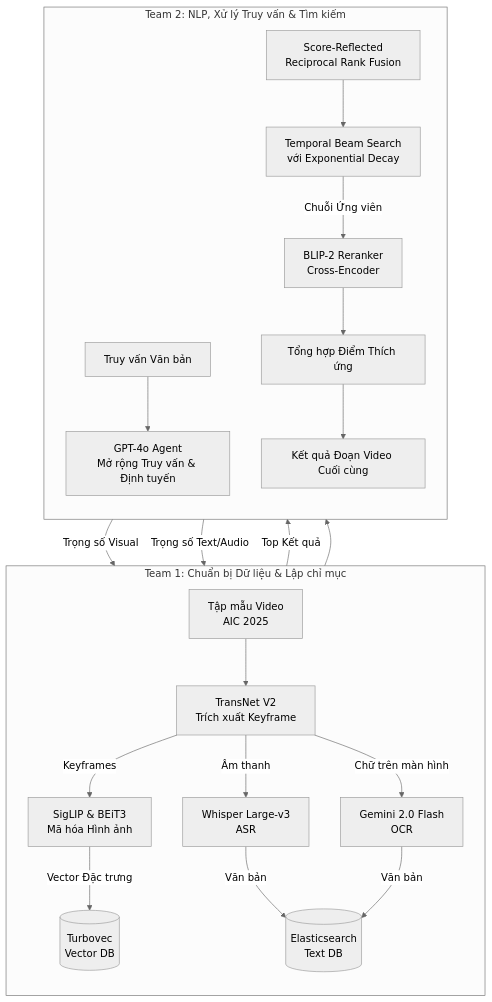
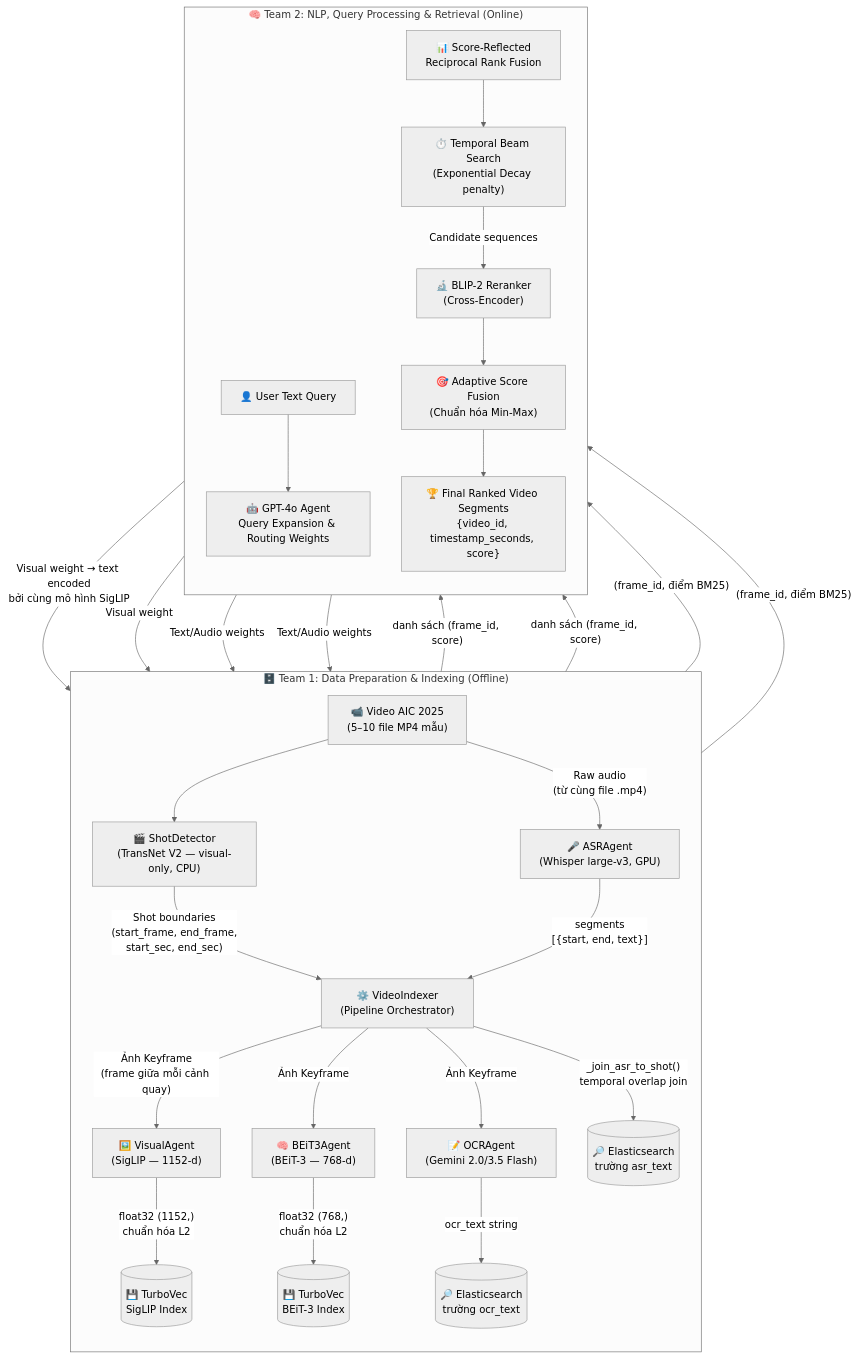
Before and after one commit to AIVIETNAM-AIO-herk30/AI_Challenge_2026: the diagram in docs/ARCHITECTURE_VI.md, drawn with Mermaid (neutral theme). The commit also changed other lines of this file and 2 other files, not shown here.

Commit message:
docs: update architecture

````diff
--- a/docs/ARCHITECTURE_VI.md
+++ b/docs/ARCHITECTURE_VI.md
@@ -25,35 +60,55 @@
 ```mermaid
 flowchart TD
-    %% Team 1: Data Preparation (Offline)
-    subgraph Team 1 [Team 1: Chuẩn bị Dữ liệu & Lập chỉ mục]
+    %% ─────────────────────────────────────────────────────────
+    %% Team 1 — Offline Indexing
+    %% ─────────────────────────────────────────────────────────
+    subgraph Team1 ["🗄️ Team 1: Data Preparation & Indexing (Offline)"]
         direction TB
-        V[Tập mẫu Video\nAIC 2025] --> TE[TransNet V2\nTrích xuất Keyframe]
-        
-        TE -->|Keyframes| VE[SigLIP & BEiT3\nMã hóa Hình ảnh]
-        TE -->|Âm thanh| ASR[Whisper Large-v3\nASR]
-        TE -->|Chữ trên màn hình| OCR[Gemini 2.0 Flash\nOCR]
-        
-        VE -->|Vector Đặc trưng| Q[(Turbovec\nVector DB)]
-        ASR -->|Văn bản| ES[(Elasticsearch\nText DB)]
-        OCR -->|Văn bản| ES
+
+        RAW["📹 Video AIC 2025\n(5–10 file MP4 mẫu)"]
+
+        RAW --> SD["🎬 ShotDetector\n(TransNet V2 — visual-only, CPU)"]
+        SD -->|"Shot boundaries\n(start_frame, end_frame,\nstart_sec, end_sec)"| VI["⚙️ VideoIndexer\n(Pipeline Orchestrator)"]
+
+        RAW -->|"Raw audio\n(từ cùng file .mp4)"| ASR["🎤 ASRAgent\n(Whisper large-v3, GPU)"]
+        ASR -->|"segments\n[{start, end, text}]"| VI
+
+        VI -->|"Ảnh Keyframe\n(frame giữa mỗi cảnh quay)"| SigLIP["🖼️ VisualAgent\n(SigLIP — 1152-d)"]
+        VI -->|"Ảnh Keyframe"| BEiT3["🧠 BEiT3Agent\n(BEiT-3 — 768-d)"]
+        VI -->|"Ảnh Keyframe"| OCR["📝 OCRAgent\n(Gemini 2.0/3.5 Flash)"]
+
+        SigLIP -->|"float32 (1152,)\nchuẩn hóa L2"| TVS[("💾 TurboVec\nSigLIP Index")]
+        BEiT3  -->|"float32 (768,)\nchuẩn hóa L2"| TVB[("💾 TurboVec\nBEiT-3 Index")]
+
+        VI -->|"_join_asr_to_shot()\ntemporal overlap join"| ESW[("🔎 Elasticsearch\ntrường asr_text")]
+        OCR -->|"ocr_text string"| ESO[("🔎 Elasticsearch\ntrường ocr_text")]
     end
 
-    %% Team 2: NLP & Querying (Online)
-    subgraph Team 2 [Team 2: NLP, Xử lý Truy vấn & Tìm kiếm]
+    %% ─────────────────────────────────────────────────────────
+    %% Team 2 — Online Retrieval
+    %% ─────────────────────────────────────────────────────────
+    subgraph Team2 ["🧠 Team 2: NLP, Query Processing & Retrieval (Online)"]
         direction TB
-        TQ[Truy vấn Văn bản] --> LLM[GPT-4o Agent\nMở rộng Truy vấn & Định tuyến]
-        
-        LLM -->|Trọng số Visual| Q
-        LLM -->|Trọng số Text/Audio| ES
-        
-        Q -->|Top Kết quả| SRRF[Score-Reflected\nReciprocal Rank Fusion]
-        ES --> SRRF
-        
-        SRRF --> TB_Math[Temporal Beam Search\nvới Exponential Decay]
-        
-        TB_Math -->|Chuỗi Ứng viên| R[BLIP-2 Reranker\nCross-Encoder]
-        
-        R --> ASF[Tổng hợp Điểm Thích ứng]
-        ASF --> Final[Kết quả Đoạn Video Cuối cùng]
+
+        TQ["👤 User Text Query"]
+
+        TQ --> LLM["🤖 GPT-4o Agent\nQuery Expansion & Routing Weights"]
+
+        LLM -->|"Visual weight → text encoded\nbởi cùng mô hình SigLIP"| TVS
+        LLM -->|"Visual weight"| TVB
+        LLM -->|"Text/Audio weights"| ESW
+        LLM -->|"Text/Audio weights"| ESO
+
+        TVS -->|"danh sách (frame_id, score)"| SRRF["📊 Score-Reflected\nReciprocal Rank Fusion"]
+        TVB -->|"danh sách (frame_id, score)"| SRRF
+        ESW -->|"(frame_id, điểm BM25)"| SRRF
+        ESO -->|"(frame_id, điểm BM25)"| SRRF
+
+        SRRF --> TBS["⏱️ Temporal Beam Search\n(Exponential Decay penalty)"]
+
+        TBS -->|"Candidate sequences"| BLIP["🔬 BLIP-2 Reranker\n(Cross-Encoder)"]
+
+        BLIP --> ASF["🎯 Adaptive Score Fusion\n(Chuẩn hóa Min-Max)"]
+        ASF --> FINAL["🏆 Final Ranked Video Segments\n{video_id, timestamp_seconds, score}"]
     end
 ```
````
